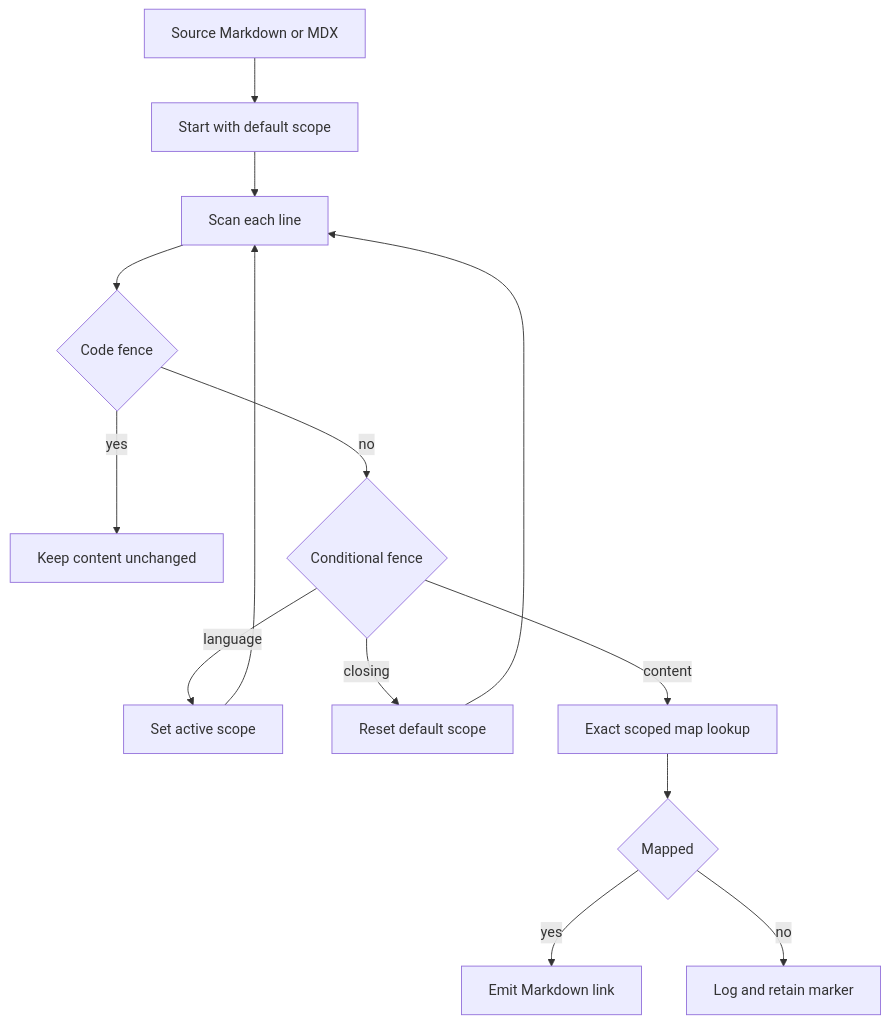
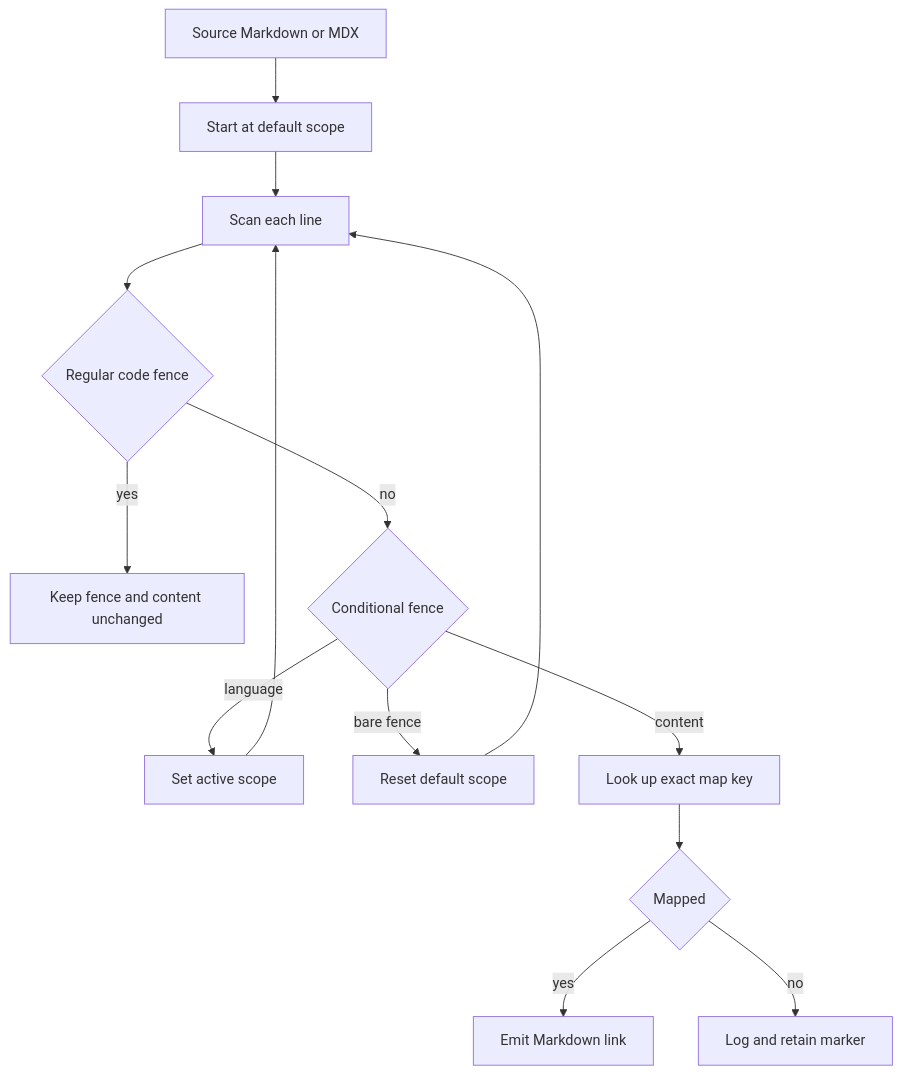
The diagram in openwiki/operations/cross-references.md (rishi-raj-jain/docs-1), drawn with Mermaid before and after one commit. The commit also changed other lines of this file and 48 other files, not shown here.

````diff
--- a/openwiki/operations/cross-references.md
+++ b/openwiki/operations/cross-references.md
@@ -74,16 +85,16 @@
 ```mermaid
 flowchart TD
-    Input["Source Markdown or MDX"] --> Initial["Start with default scope"]
-    Initial --> Scan["Scan each line"]
-    Scan --> Code{"Code fence"}
-    Code -->|"yes"| Preserve["Keep content unchanged"]
+    Source["Source Markdown or MDX"] --> Scope["Start at default scope"]
+    Scope --> Scan["Scan each line"]
+    Scan --> Code{"Regular code fence"}
+    Code -->|"yes"| Keep["Keep fence and content unchanged"]
     Code -->|"no"| Conditional{"Conditional fence"}
     Conditional -->|"language"| SetScope["Set active scope"]
-    Conditional -->|"closing"| Reset["Reset default scope"]
-    Conditional -->|"content"| Lookup["Exact scoped map lookup"]
+    Conditional -->|"bare fence"| Reset["Reset default scope"]
+    Conditional -->|"content"| Lookup["Look up exact map key"]
     SetScope --> Scan
     Reset --> Scan
-    Lookup --> Found{"Mapped"}
-    Found -->|"yes"| Link["Emit Markdown link"]
-    Found -->|"no"| Literal["Log and retain marker"]
+    Lookup --> Result{"Mapped"}
+    Result -->|"yes"| Link["Emit Markdown link"]
+    Result -->|"no"| Literal["Log and retain marker"]
 ```
````
